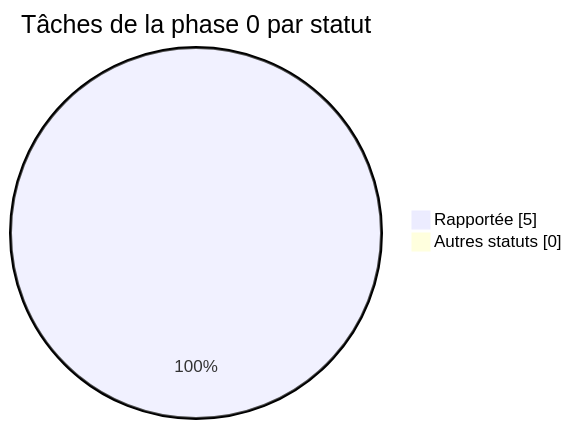
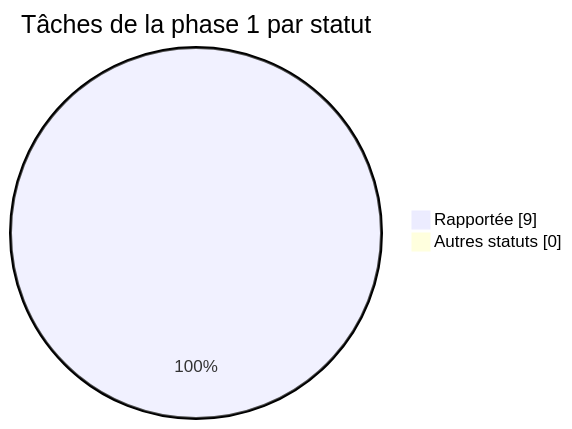
One commit to lyon32/lyonpanel changed the third of 5 diagrams in docs/reports/TABLEAU-DE-BORD.md. Above: the diagram before and after it, drawn with Mermaid. The commit also changed other lines of this file and 12 other files, not shown here.

````diff
--- a/docs/reports/TABLEAU-DE-BORD.md
+++ b/docs/reports/TABLEAU-DE-BORD.md
@@ -76,6 +82,6 @@
 ```mermaid
 pie showData
-  title Tâches de la phase 0 par statut
-  "Rapportée" : 5
+  title Tâches de la phase 1 par statut
+  "Rapportée" : 9
   "Autres statuts" : 0
 ```
````
